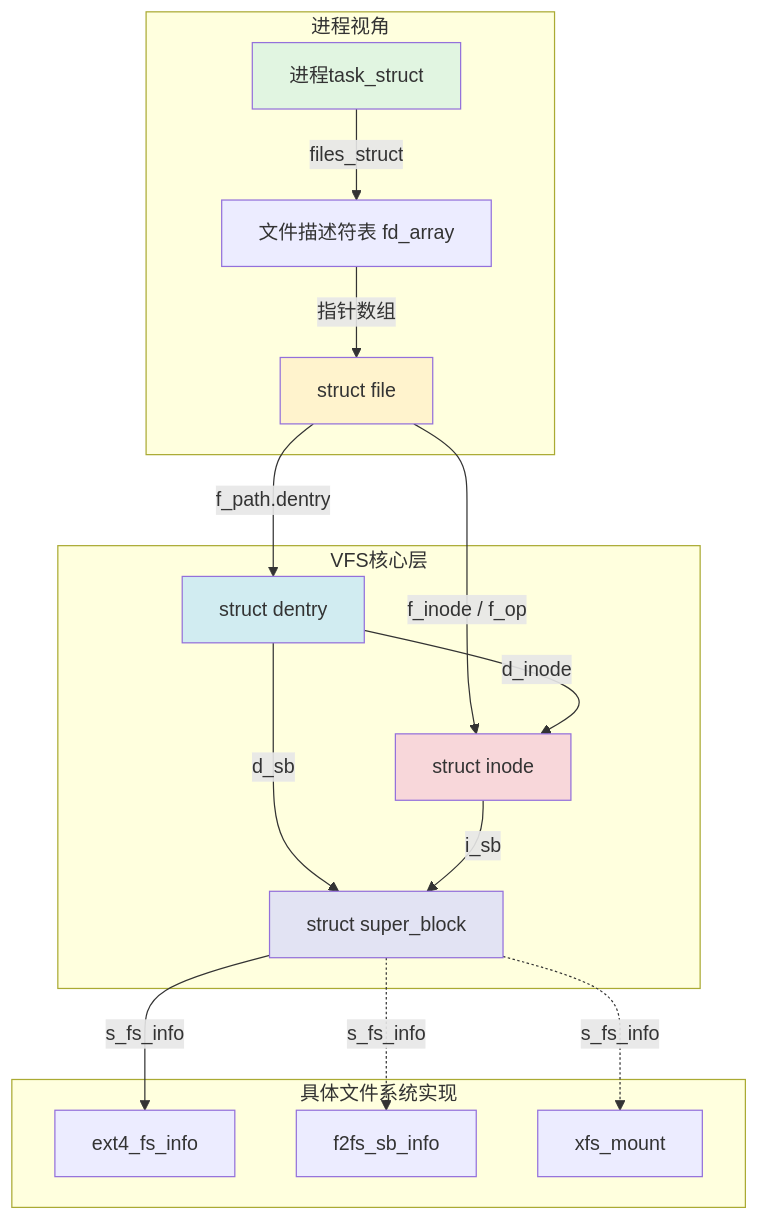
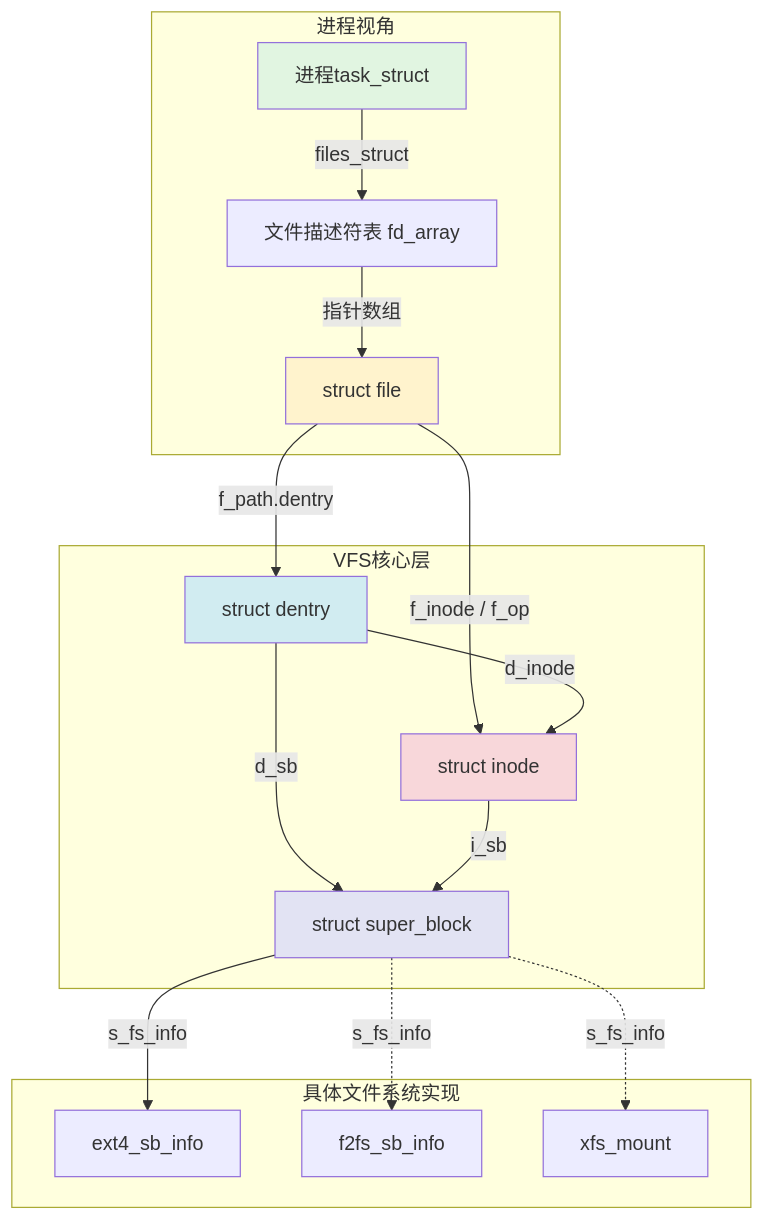
One commit to xiaohong0925/Embedded_Knowledge_System_V2026 changed the first of 2 diagrams in docs/02-核心机制深度解析/第12章 文件系统/12.1.1_VFS概览与核心结构.md. Above: the diagram before and after it, drawn with Mermaid. The commit also changed other lines of this file and 63 other files, not shown here.

````diff
--- a/docs/02-核心机制深度解析/第12章 文件系统/12.1.1_VFS概览与核心结构.md
+++ b/docs/02-核心机制深度解析/第12章 文件系统/12.1.1_VFS概览与核心结构.md
@@ -106,37 +113,37 @@
 ```mermaid
 graph TD
     subgraph "进程视角"
         PROC[进程task_struct]
         FD[文件描述符表 fd_array]
         FILE[struct file]
     end
 
     subgraph "VFS核心层"
         DENTRY[struct dentry]
         INODE[struct inode]
         SB[struct super_block]
     end
 
     subgraph "具体文件系统实现"
-        EXT4[ext4_fs_info]
+        EXT4[ext4_sb_info]
         F2FS[f2fs_sb_info]
         XFS[xfs_mount]
     end
 
     PROC --> |"files_struct"| FD
     FD --> |"指针数组"| FILE
     FILE --> |"f_path.dentry"| DENTRY
     FILE --> |"f_inode / f_op"| INODE
     DENTRY --> |"d_inode"| INODE
     DENTRY --> |"d_sb"| SB
     INODE --> |"i_sb"| SB
     SB --> |"s_fs_info"| EXT4
     SB -.-> |"s_fs_info"| F2FS
     SB -.-> |"s_fs_info"| XFS
 
     style PROC fill:#e1f5e1
     style FILE fill:#fff3cd
     style DENTRY fill:#d1ecf1
     style INODE fill:#f8d7da
     style SB fill:#e2e3f3
 ```
````
